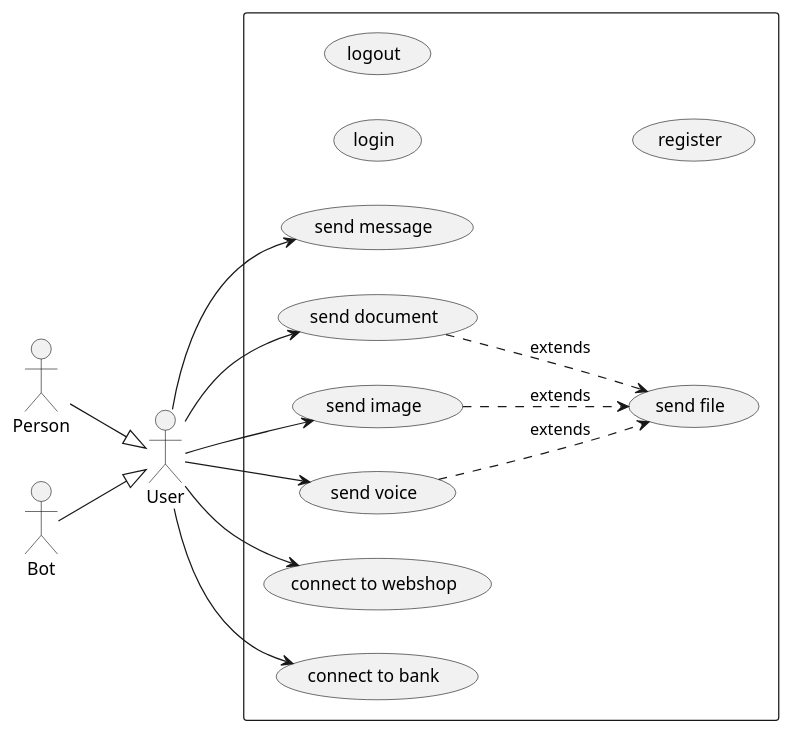
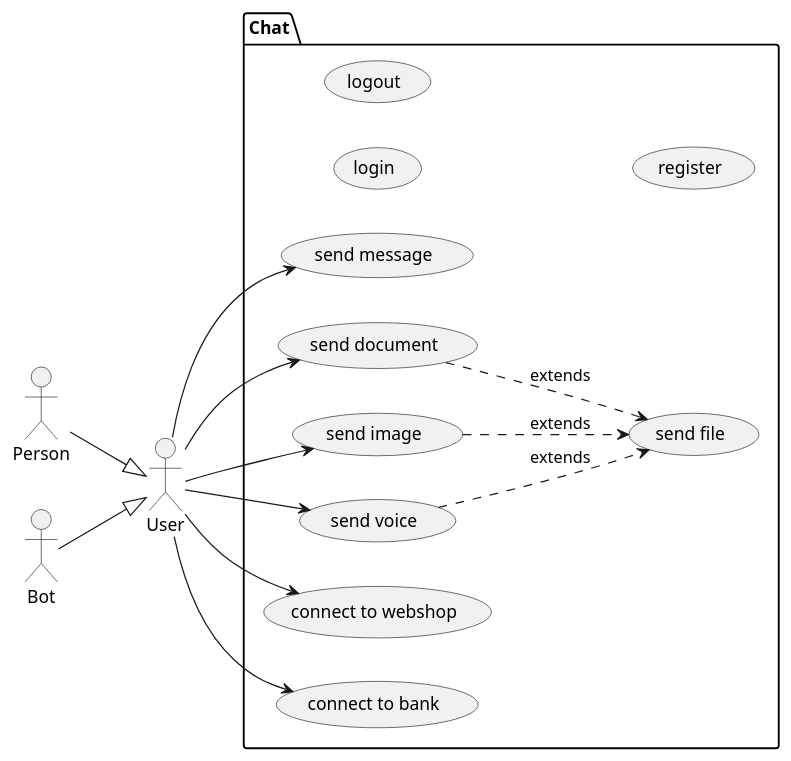
The diagram in src/doc/uml-usecase.puml (bbenno/oth-sw), drawn with PlantUML before and after one commit.

Commit message:
Replace rectange with named package in usecase d.

```diff
--- a/src/doc/uml-usecase.puml
+++ b/src/doc/uml-usecase.puml
@@ -1,37 +1,37 @@
 @startuml chat
 left to right direction
 
 ' actors
 actor "User" as u
 actor "Person" as p
 actor "Bot" as b
 
 ' actor hierarchy
 p -down-|> u
 b -down-|> u
 
 ' use cases
-rectangle {
+package "Chat" {
   usecase "login" as oUC1
   usecase "logout" as oUC2
   usecase "register" as oUC3
   usecase "send message" as UC1
   usecase "send file" as UC2
   usecase "send document" as UC3
   usecase "send image" as UC4
   usecase "send voice" as UC5
   usecase "connect to webshop" as UC6
   usecase "connect to bank" as UC7
   UC3 ..> UC2 : extends
   UC4 ..> UC2 : extends
   UC5 ..> UC2 : extends
 }
 
 '  link actor User with use cases
 u --> UC1
 u --> UC3
 u --> UC4
 u --> UC5
 u --> UC6
 u --> UC7
 @enduml
```
